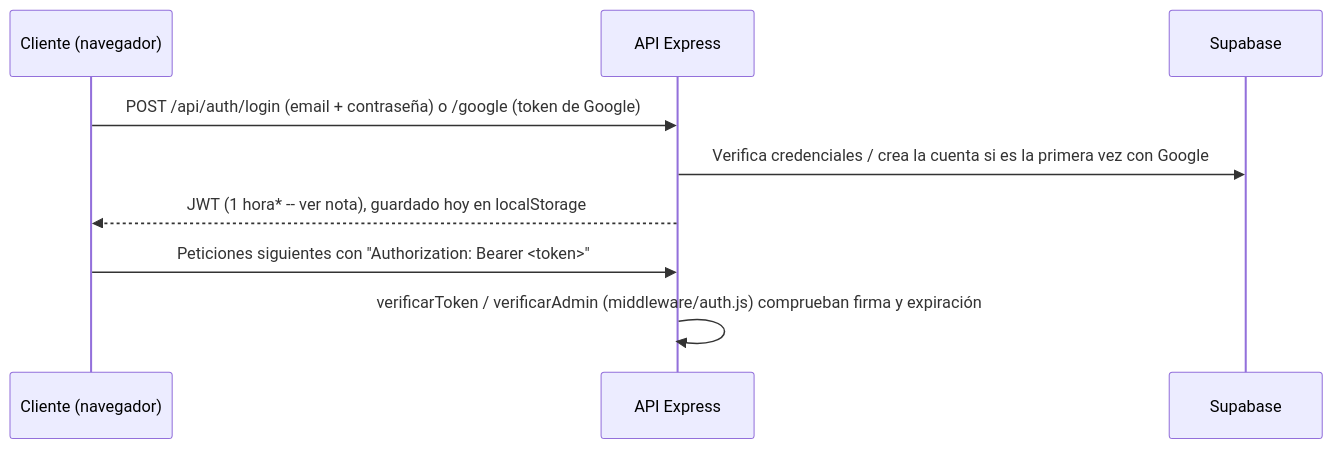
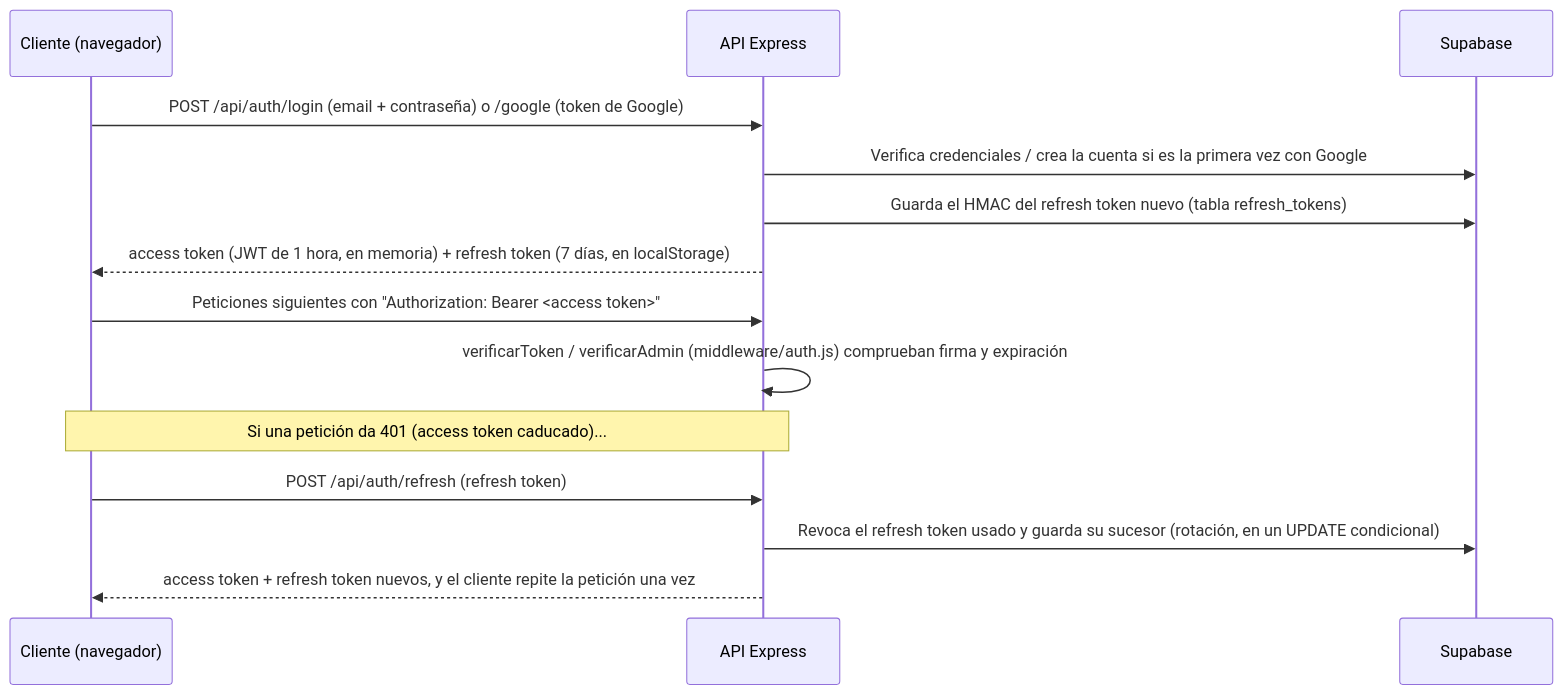
Before and after one commit to Ashe7Amat/furniture-ecommerce: the third of 3 diagrams in docs/architecture.md, drawn with Mermaid. The commit also changed other lines of this file and 3 other files, not shown here.

````diff
--- a/docs/architecture.md
+++ b/docs/architecture.md
@@ -58,12 +58,17 @@
 ```mermaid
 sequenceDiagram
     participant C as Cliente (navegador)
     participant API as API Express
     participant DB as Supabase
 
     C->>API: POST /api/auth/login (email + contraseña) o /google (token de Google)
     API->>DB: Verifica credenciales / crea la cuenta si es la primera vez con Google
-    API-->>C: JWT (1 hora* -- ver nota), guardado hoy en localStorage
-    C->>API: Peticiones siguientes con "Authorization: Bearer <token>"
+    API->>DB: Guarda el HMAC del refresh token nuevo (tabla refresh_tokens)
+    API-->>C: access token (JWT de 1 hora, en memoria) + refresh token (7 días, en localStorage)
+    C->>API: Peticiones siguientes con "Authorization: Bearer <access token>"
     API->>API: verificarToken / verificarAdmin (middleware/auth.js) comprueban firma y expiración
+    Note over C,API: Si una petición da 401 (access token caducado)...
+    C->>API: POST /api/auth/refresh (refresh token)
+    API->>DB: Revoca el refresh token usado y guarda su sucesor (rotación, en un UPDATE condicional)
+    API-->>C: access token + refresh token nuevos, y el cliente repite la petición una vez
 ```
````
